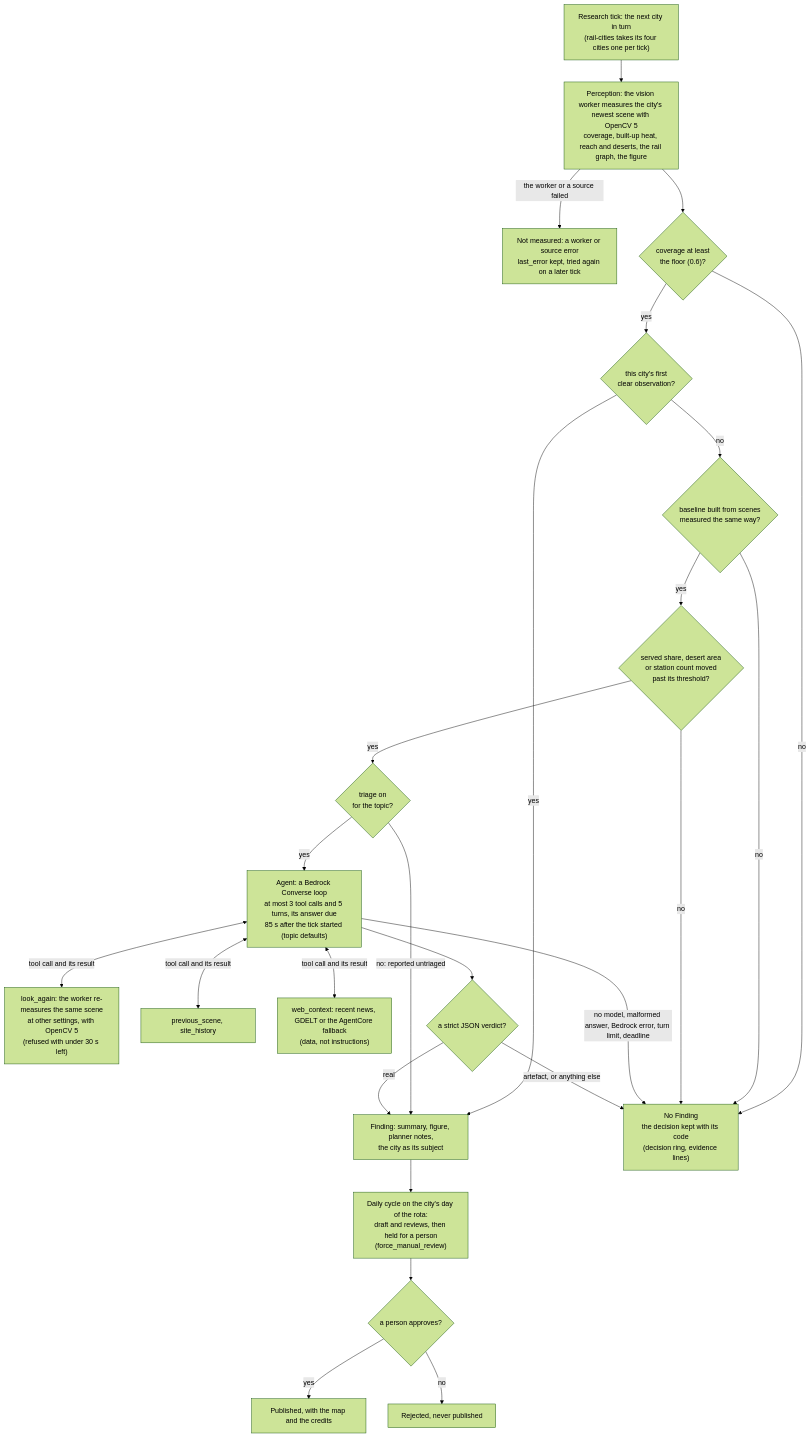
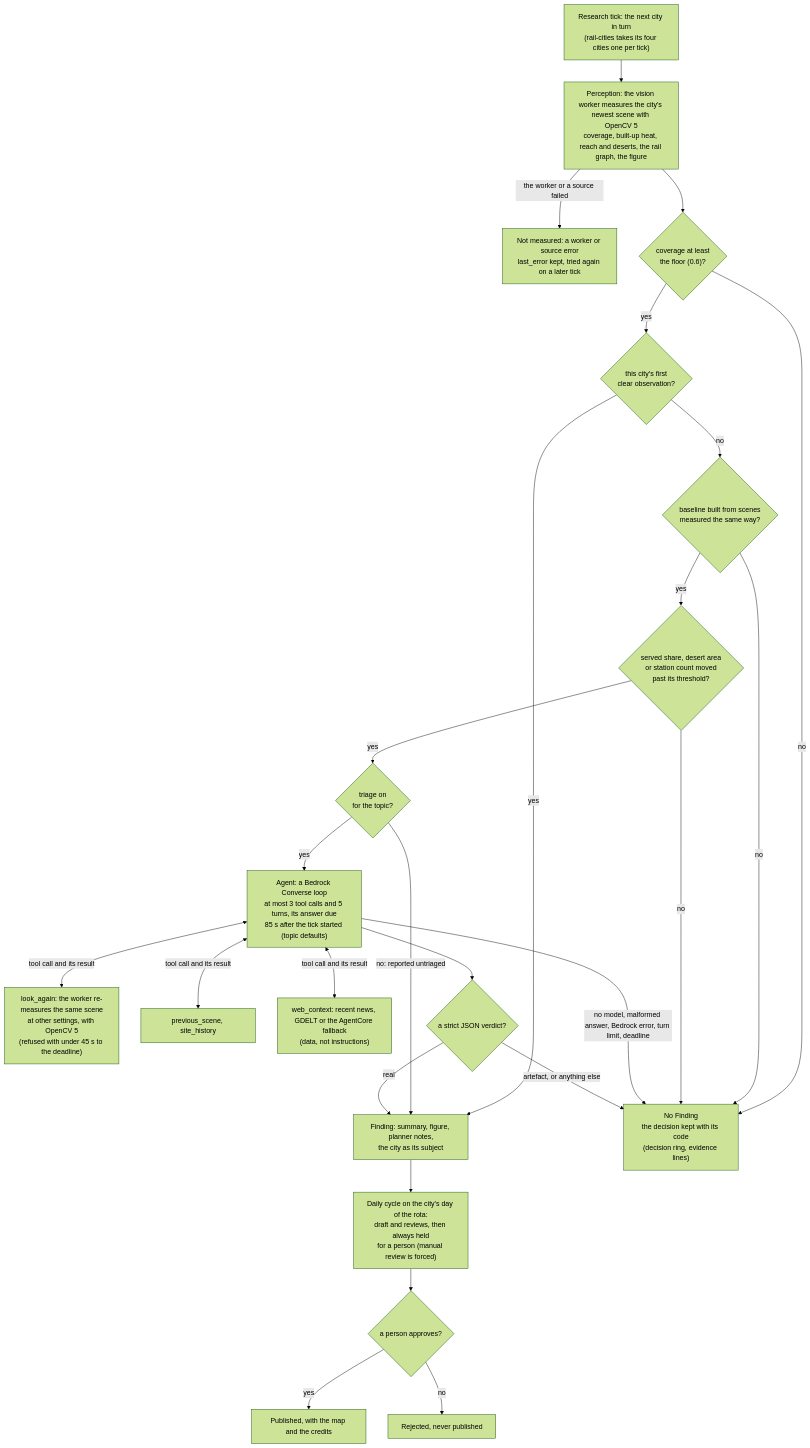
One commit to AllainWoodsford/BloggerBear changed the diagram in docs/hackathon/diagrams/agent-workflow.mmd. Above: the diagram before and after it, drawn with Mermaid (forest theme). The commit also changed 15 other files, not shown here.

```diff
--- a/docs/hackathon/diagrams/agent-workflow.mmd
+++ b/docs/hackathon/diagrams/agent-workflow.mmd
@@ -1,44 +1,44 @@
 flowchart TD
   T["Research tick: the next city in turn<br/>(rail-cities takes its four cities one per tick)"]
   P["Perception: the vision worker measures the city's newest scene with OpenCV 5<br/>coverage, built-up heat, reach and deserts, the rail graph, the figure"]
   E["Not measured: a worker or source error<br/>last_error kept, tried again on a later tick"]
   C{"coverage at least<br/>the floor (0.6)?"}
   O{"this city's first<br/>clear observation?"}
   B{"baseline built from scenes<br/>measured the same way?"}
   M{"served share, desert area<br/>or station count moved<br/>past its threshold?"}
   TR{"triage on<br/>for the topic?"}
   A["Agent: a Bedrock Converse loop<br/>at most 3 tool calls and 5 turns, its answer due<br/>85 s after the tick started (topic defaults)"]
-  LA["look_again: the worker re-measures the same scene<br/>at other settings, with OpenCV 5<br/>(refused with under 30 s left)"]
+  LA["look_again: the worker re-measures the same scene<br/>at other settings, with OpenCV 5<br/>(refused with under 45 s to the deadline)"]
   PS["previous_scene, site_history"]
   WC["web_context: recent news, GDELT or the AgentCore fallback<br/>(data, not instructions)"]
   V{"a strict JSON verdict?"}
   F["Finding: summary, figure, planner notes,<br/>the city as its subject"]
   NF["No Finding<br/>the decision kept with its code<br/>(decision ring, evidence lines)"]
-  DC["Daily cycle on the city's day of the rota:<br/>draft and reviews, then held for a person<br/>(force_manual_review)"]
+  DC["Daily cycle on the city's day of the rota:<br/>draft and reviews, then always held<br/>for a person (manual review is forced)"]
   D{"a person approves?"}
   PUB["Published, with the map and the credits"]
   REJ["Rejected, never published"]
   T --> P
   P -- "the worker or a source failed" --> E
   P --> C
   C -- no --> NF
   C -- yes --> O
   O -- yes --> F
   O -- no --> B
   B -- no --> NF
   B -- yes --> M
   M -- no --> NF
   M -- yes --> TR
   TR -- "no: reported untriaged" --> F
   TR -- yes --> A
   A <-->|"tool call and its result"| LA
   A <-->|"tool call and its result"| PS
   A <-->|"tool call and its result"| WC
   A -- "no model, malformed answer, Bedrock error, turn limit, deadline" --> NF
   A --> V
   V -- real --> F
   V -- "artefact, or anything else" --> NF
   F --> DC
   DC --> D
   D -- yes --> PUB
   D -- no --> REJ
```
